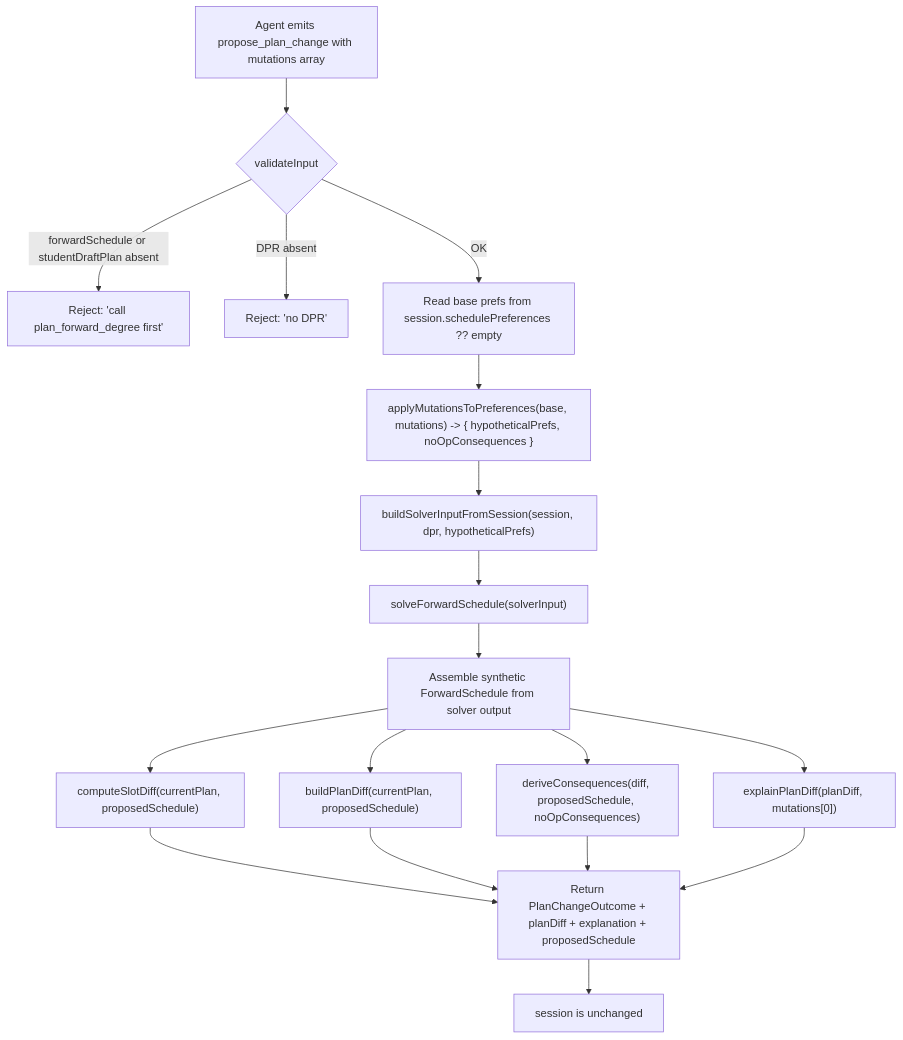
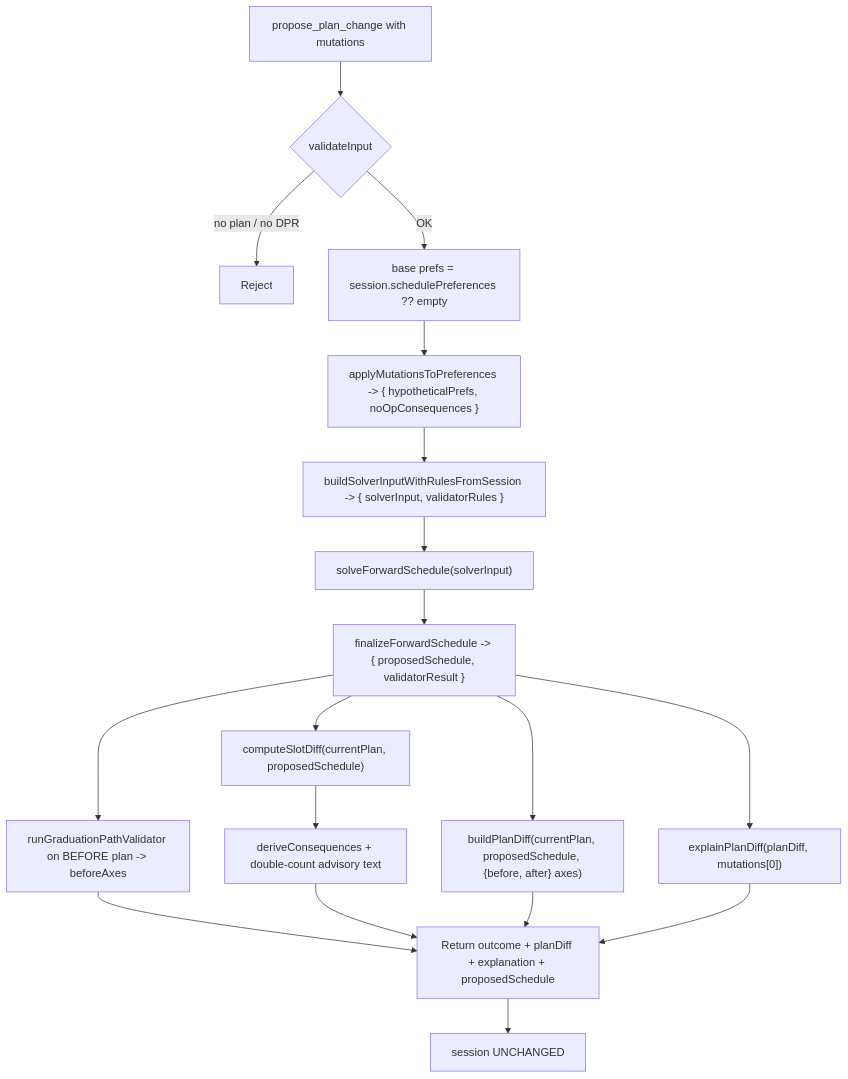
One commit to EdoardoMongardi/NYU_Path changed the second of 3 diagrams in Docs/current-system/tools/propose_plan_change.md. Above: the diagram before and after it, drawn with Mermaid. The commit also changed other lines of this file and 73 other files, not shown here.

````diff
--- a/Docs/current-system/tools/propose_plan_change.md
+++ b/Docs/current-system/tools/propose_plan_change.md
@@ -110,20 +105,20 @@
 ```mermaid
 flowchart TD
-    A[Agent emits propose_plan_change with mutations array] --> B{validateInput}
-    B -- forwardSchedule or studentDraftPlan absent --> Bx[Reject: 'call plan_forward_degree first']
-    B -- DPR absent --> By[Reject: 'no DPR']
-    B -- OK --> C[Read base prefs from session.schedulePreferences ?? empty]
-    C --> D["applyMutationsToPreferences(base, mutations) -> { hypotheticalPrefs, noOpConsequences }"]
-    D --> E["buildSolverInputFromSession(session, dpr, hypotheticalPrefs)"]
+    A[propose_plan_change with mutations] --> B{validateInput}
+    B -- no plan / no DPR --> Bx[Reject]
+    B -- OK --> C[base prefs = session.schedulePreferences ?? empty]
+    C --> D["applyMutationsToPreferences -> { hypotheticalPrefs, noOpConsequences }"]
+    D --> E["buildSolverInputWithRulesFromSession -> { solverInput, validatorRules }"]
     E --> F["solveForwardSchedule(solverInput)"]
-    F --> G[Assemble synthetic ForwardSchedule from solver output]
-    G --> H["computeSlotDiff(currentPlan, proposedSchedule)"]
-    G --> I["buildPlanDiff(currentPlan, proposedSchedule)"]
-    G --> J["deriveConsequences(diff, proposedSchedule, noOpConsequences)"]
-    G --> K["explainPlanDiff(planDiff, mutations[0])"]
-    H --> L[Return PlanChangeOutcome + planDiff + explanation + proposedSchedule]
-    I --> L
-    J --> L
-    K --> L
-    L --> M[session is unchanged]
+    F --> G["finalizeForwardSchedule -> { proposedSchedule, validatorResult }"]
+    G --> H["runGraduationPathValidator on BEFORE plan -> beforeAxes"]
+    G --> I["computeSlotDiff(currentPlan, proposedSchedule)"]
+    I --> J["deriveConsequences + double-count advisory text"]
+    G --> K["buildPlanDiff(currentPlan, proposedSchedule, {before, after} axes)"]
+    G --> L["explainPlanDiff(planDiff, mutations[0])"]
+    H --> M[Return outcome + planDiff + explanation + proposedSchedule]
+    J --> M
+    K --> M
+    L --> M
+    M --> N[session UNCHANGED]
 ```
````
